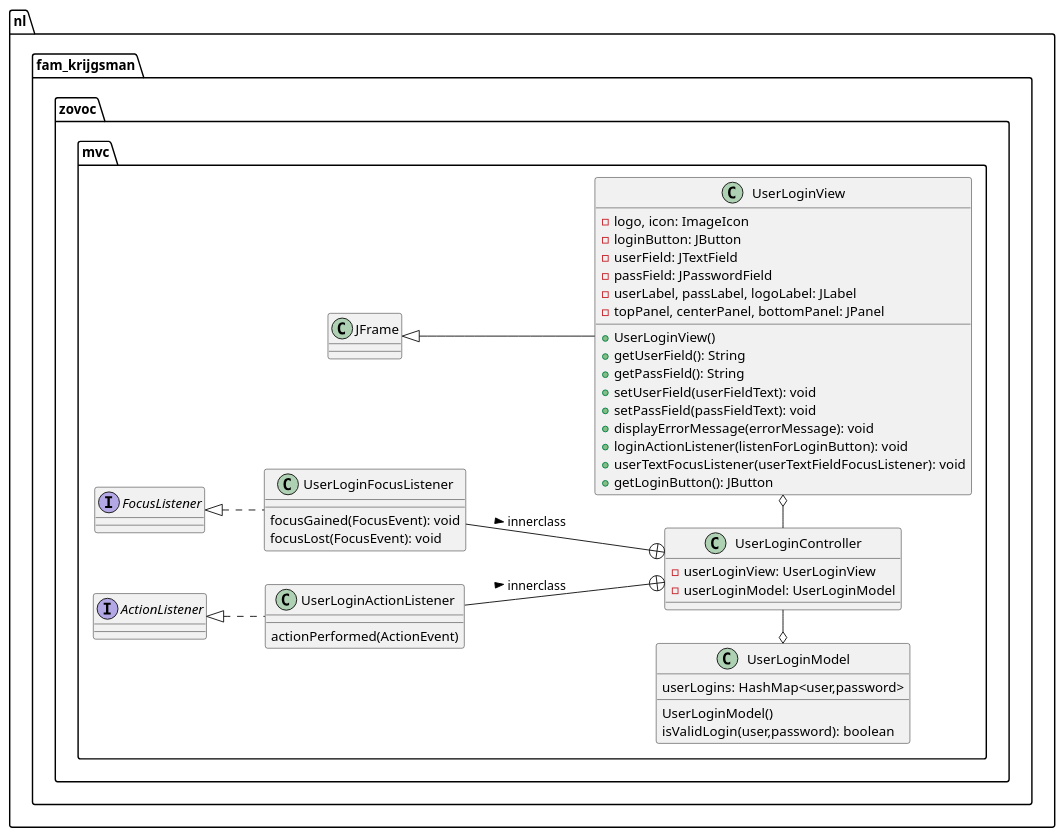
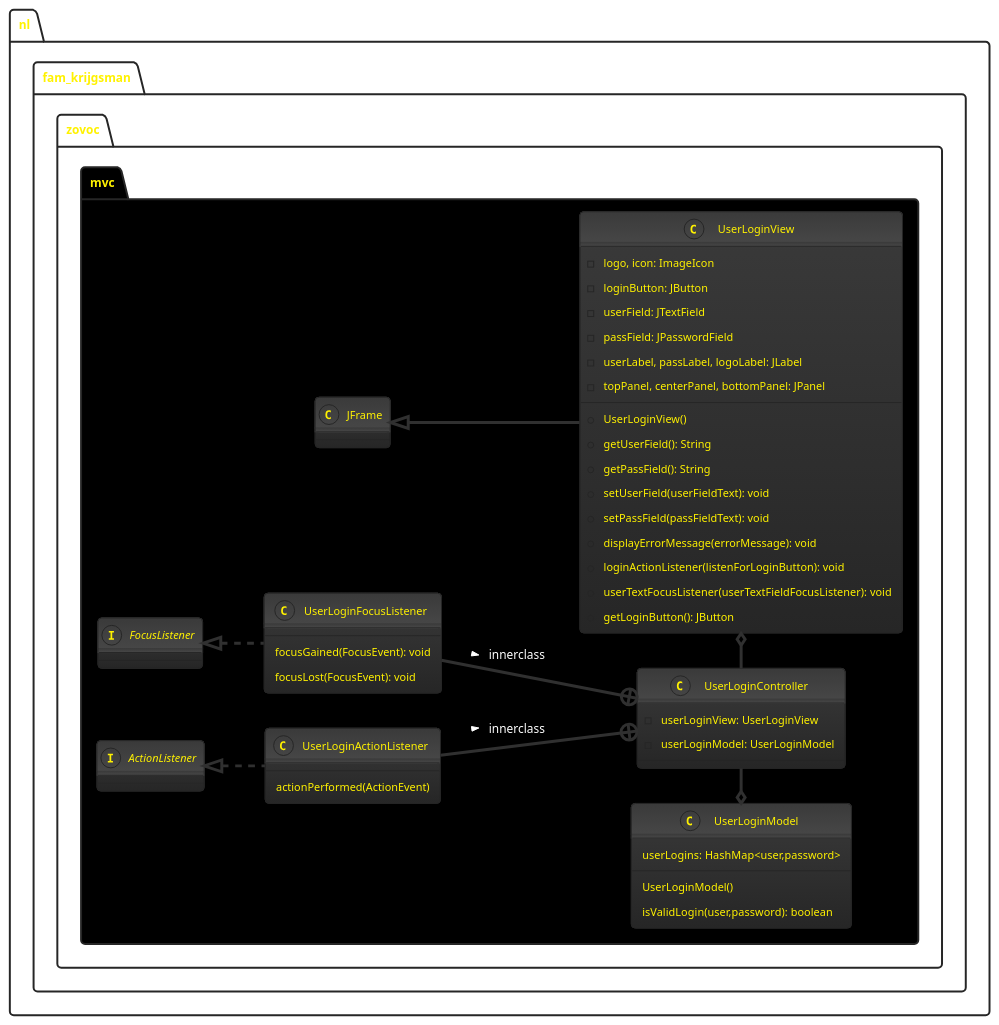
The diagram in Docs/mvc.UserLogin.puml (kaasszje/Zovoc-Leden-Beheer), drawn with PlantUML before and after one commit. The commit also changed 2 other files, not shown here.

```diff
--- a/Docs/mvc.UserLogin.puml
+++ b/Docs/mvc.UserLogin.puml
@@ -1,51 +1,52 @@
 @startuml
 'https://plantuml.com/class-diagram
 left to right direction
+!theme black-knight
 
-package nl.fam_krijgsman.zovoc.mvc {
+package nl.fam_krijgsman.zovoc.mvc #000000{
 class UserLoginModel {
     userLogins: HashMap<user,password>
     UserLoginModel()
     isValidLogin(user,password): boolean
 }
 
 class UserLoginView extends JFrame {
     -logo, icon: ImageIcon
     -loginButton: JButton
     -userField: JTextField
     -passField: JPasswordField
     -userLabel, passLabel, logoLabel: JLabel
     -topPanel, centerPanel, bottomPanel: JPanel
     +UserLoginView()
     +getUserField(): String
     +getPassField(): String
     +setUserField(userFieldText): void
     +setPassField(passFieldText): void
     +displayErrorMessage(errorMessage): void
     +loginActionListener(listenForLoginButton): void
     +userTextFocusListener(userTextFieldFocusListener): void
     +getLoginButton(): JButton
 }
 
 class UserLoginController {
     -userLoginView: UserLoginView
     -userLoginModel: UserLoginModel
 }
 
 class UserLoginFocusListener implements FocusListener {
     focusGained(FocusEvent): void
     focusLost(FocusEvent): void
 }
 
 class UserLoginActionListener implements ActionListener {
     actionPerformed(ActionEvent)
 }
 
 UserLoginController -o UserLoginView
 UserLoginModel o- UserLoginController
 UserLoginActionListener --+ UserLoginController : innerclass >
 UserLoginFocusListener --+ UserLoginController : innerclass >
 
 }
 
 @enduml
```
